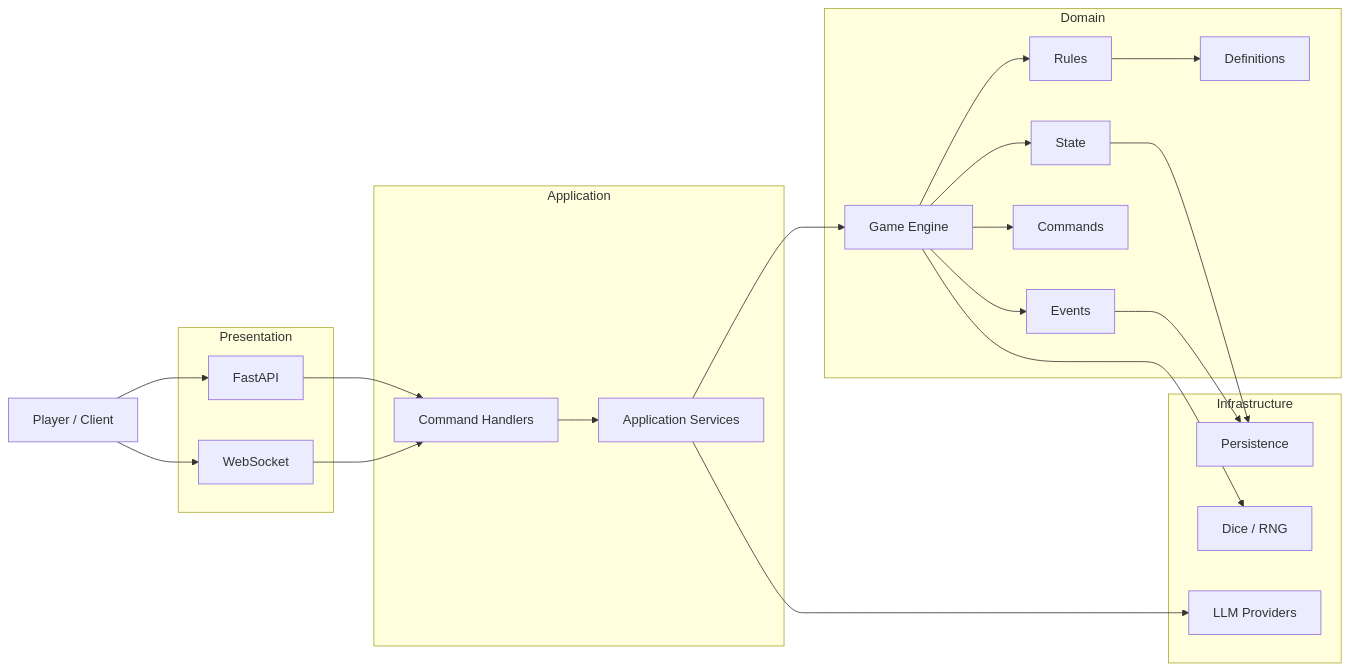
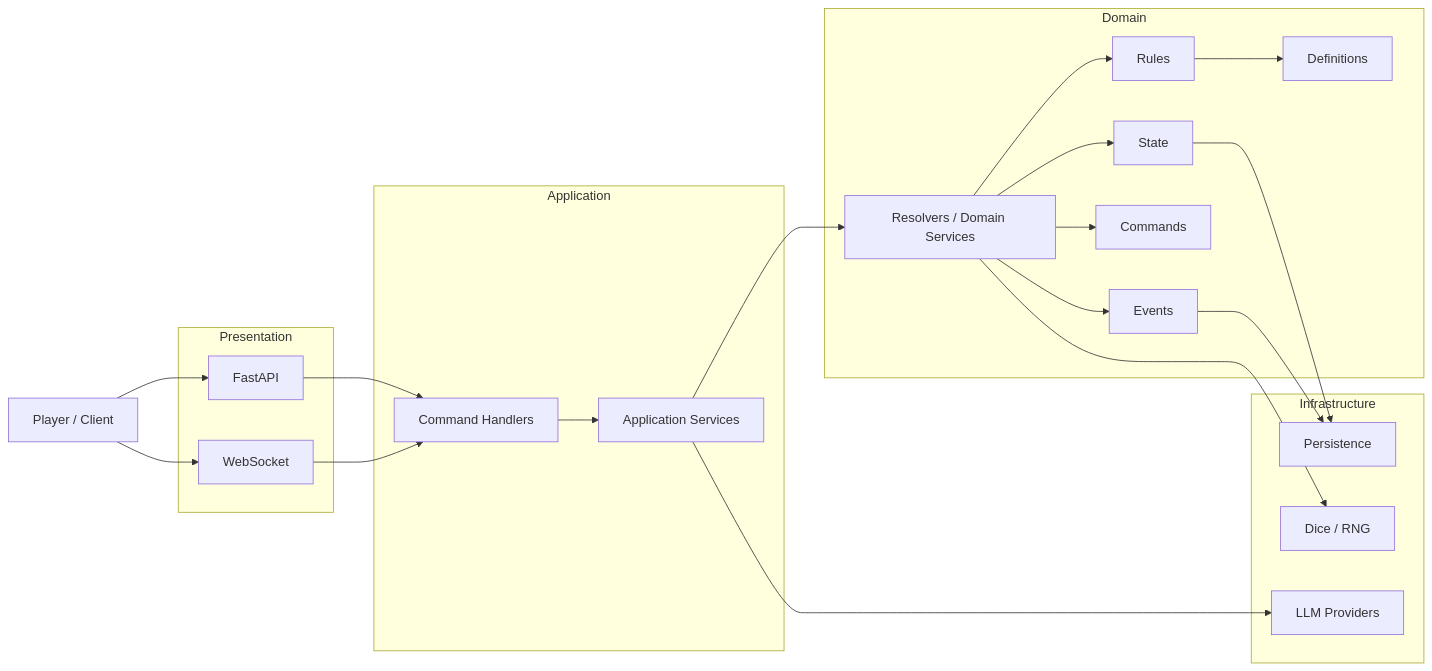
One commit to redbull101020/ai-dnd-master changed the second of 19 diagrams in docs/ARCHITECTURE.md. Above: the diagram before and after it, drawn with Mermaid. The commit also changed other lines of this file and 5 other files, not shown here.

````diff
--- a/docs/ARCHITECTURE.md
+++ b/docs/ARCHITECTURE.md
@@ -704,51 +723,51 @@
 ```mermaid
 flowchart LR
 
     User[Player / Client]
 
     subgraph Presentation
         API[FastAPI]
         WS[WebSocket]
     end
 
     subgraph Application
         Handler[Command Handlers]
         Service[Application Services]
     end
 
     subgraph Domain
-        Engine[Game Engine]
+        Resolvers[Resolvers / Domain Services]
         Rules[Rules]
         State[State]
         Commands[Commands]
         Events[Events]
         Definitions[Definitions]
     end
 
     subgraph Infrastructure
         Persistence[Persistence]
         LLM[LLM Providers]
         RNG[Dice / RNG]
     end
 
     User --> API
     User --> WS
 
     API --> Handler
     WS --> Handler
 
     Handler --> Service
-    Service --> Engine
+    Service --> Resolvers
 
-    Engine --> Rules
-    Engine --> State
-    Engine --> Commands
-    Engine --> Events
+    Resolvers --> Rules
+    Resolvers --> State
+    Resolvers --> Commands
+    Resolvers --> Events
     Rules --> Definitions
 
     State --> Persistence
     Events --> Persistence
 
-    Engine --> RNG
+    Resolvers --> RNG
     Service --> LLM
 ```
````
